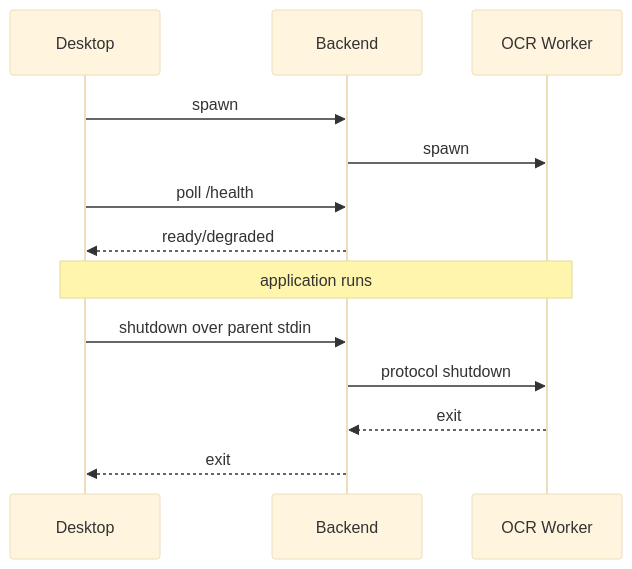
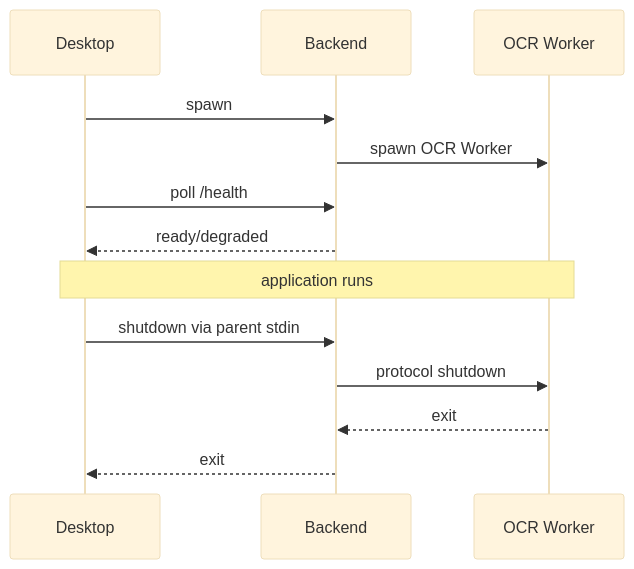
The second of 3 diagrams in apps/desktop/README.md (PatrykCieszynski/ZML), drawn with Mermaid (base theme) before and after one commit. The commit also changed other lines of this file and 24 other files, not shown here.

````diff
--- a/apps/desktop/README.md
+++ b/apps/desktop/README.md
@@ -54,16 +64,16 @@
 ```mermaid
 sequenceDiagram
     participant D as Desktop
     participant B as Backend
     participant W as OCR Worker
 
     D->>B: spawn
-    B->>W: spawn
+    B->>W: spawn OCR Worker
     D->>B: poll /health
     B-->>D: ready/degraded
     Note over D,W: application runs
-    D->>B: shutdown over parent stdin
+    D->>B: shutdown via parent stdin
     B->>W: protocol shutdown
     W-->>B: exit
     B-->>D: exit
 ```
````
